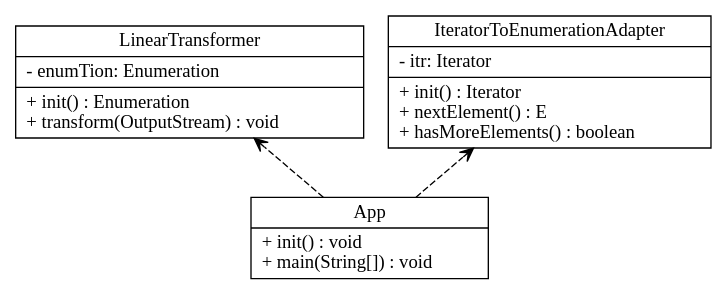
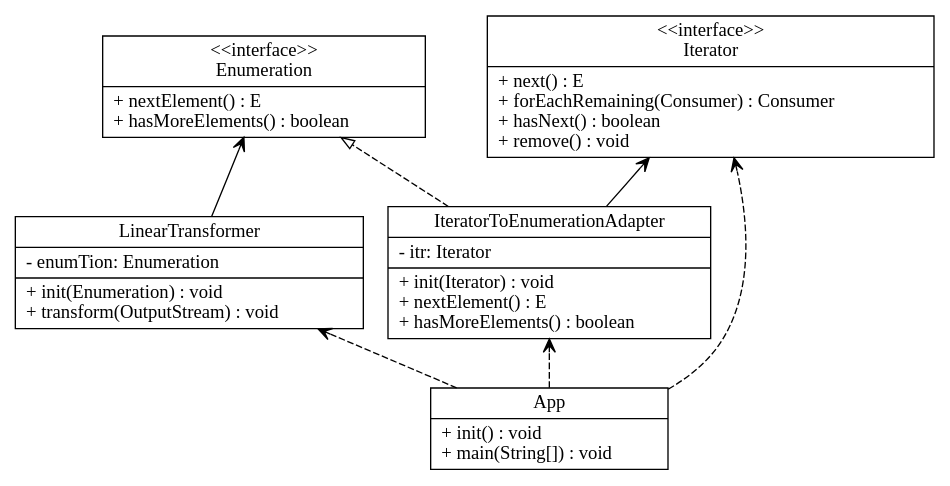
Before and after one commit to tpunt3/Csse374: the diagram in input_output/model.gv, drawn with Graphviz. The commit also changed 5 other files, not shown here.

```diff
--- a/input_output/model.gv
+++ b/input_output/model.gv
@@ -1,21 +1,35 @@
 digraph model{
 rankdir = BT;
 App [
 shape="record",
 label = "{App| + init() : void\l+ main(String[]) : void\l}"
 ];
 
+Enumeration [
+shape="record",
+label = "{\<\<interface\>\>\nEnumeration| + nextElement() : E\l+ hasMoreElements() : boolean\l}"
+];
+
 LinearTransformer [
 shape="record",
-label = "{LinearTransformer| - enumTion: Enumeration\l|+ init() : Enumeration\l+ transform(OutputStream) : void\l}"
+label = "{LinearTransformer| - enumTion: Enumeration\l|+ init(Enumeration) : void\l+ transform(OutputStream) : void\l}"
+];
+
+Iterator [
+shape="record",
+label = "{\<\<interface\>\>\nIterator| + next() : E\l+ forEachRemaining(Consumer) : Consumer\l+ hasNext() : boolean\l+ remove() : void\l}"
 ];
 
 IteratorToEnumerationAdapter [
 shape="record",
-label = "{IteratorToEnumerationAdapter| - itr: Iterator\l|+ init() : Iterator\l+ nextElement() : E\l+ hasMoreElements() : boolean\l}"
+label = "{IteratorToEnumerationAdapter| - itr: Iterator\l|+ init(Iterator) : void\l+ nextElement() : E\l+ hasMoreElements() : boolean\l}"
 ];
 
 //writing relations between classes now
 App -> IteratorToEnumerationAdapter [arrowhead = "vee", style = "dashed"];
+App -> Iterator [arrowhead = "vee", style = "dashed"];
 App -> LinearTransformer [arrowhead = "vee", style = "dashed"];
+IteratorToEnumerationAdapter -> Enumeration [arrowhead = "empty", style = "dashed"];
+IteratorToEnumerationAdapter -> Iterator [arrowhead = "vee"];
+LinearTransformer -> Enumeration [arrowhead = "vee"];
 }
```
